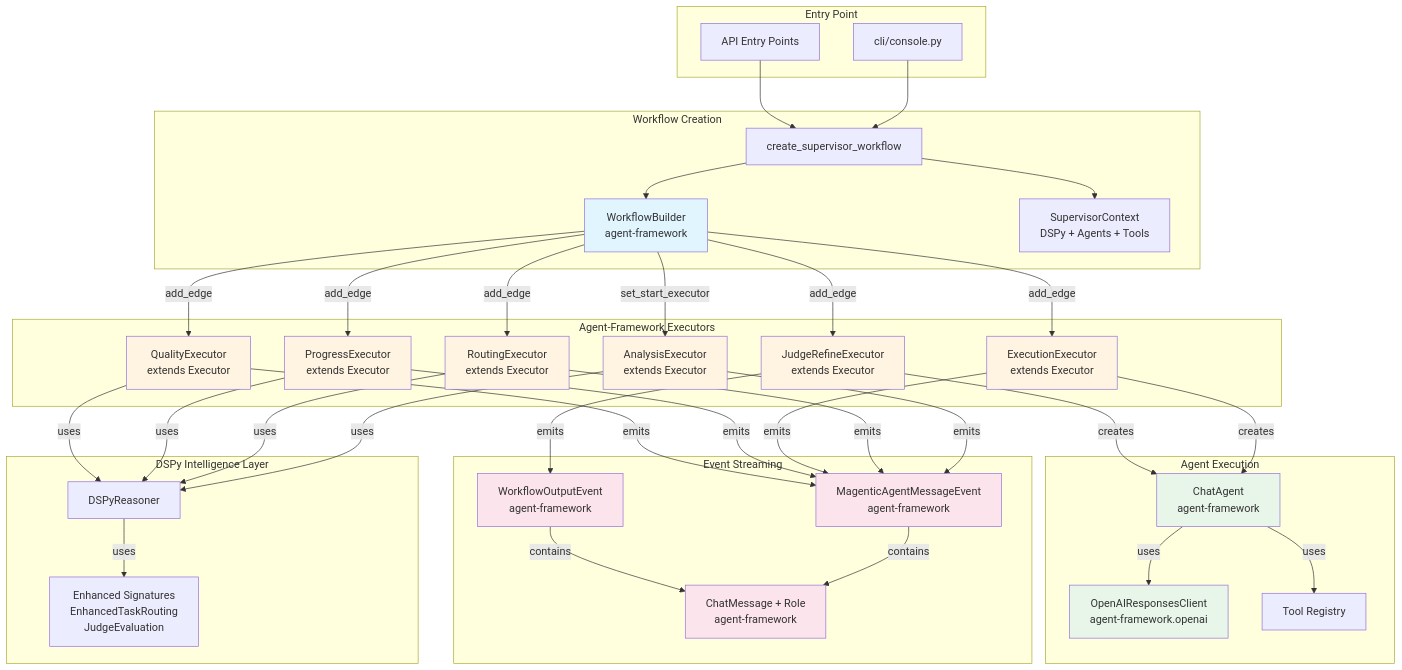
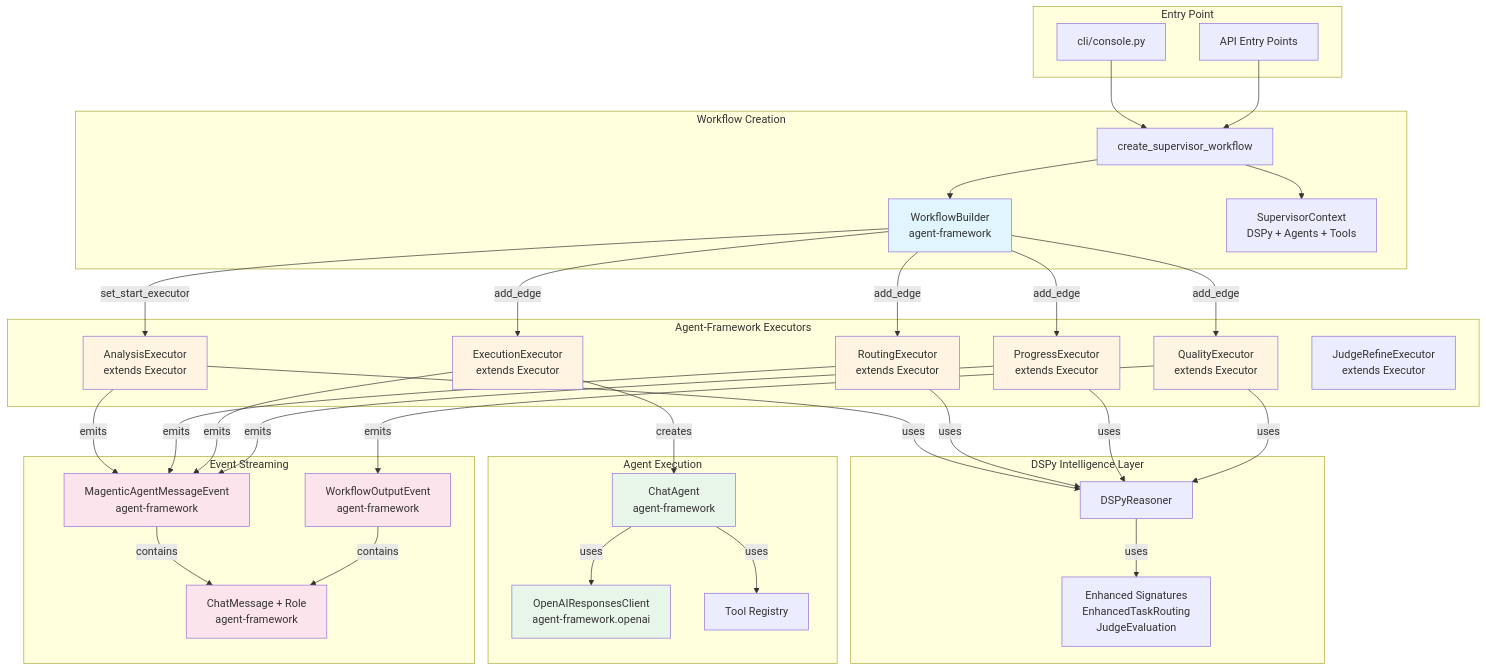
Before and after one commit to Qredence/agentic-fleet: the first of 2 diagrams in docs/developers/architecture.md, drawn with Mermaid. The commit also changed other lines of this file and 2 other files, not shown here.

First line of the commit message:
refactor: update architecture and quick reference documentation for v0.6.6 changes

```diff
--- a/docs/developers/architecture.md
+++ b/docs/developers/architecture.md
@@ -101,7 +103,6 @@
     BUILDER -->|add_edge| EE
     BUILDER -->|add_edge| PE
     BUILDER -->|add_edge| QE
-    BUILDER -->|add_edge| JE
 
     AE -->|uses| DSPY
     RE -->|uses| DSPY
@@ -111,7 +112,6 @@
     DSPY -->|uses| SIGS
 
     EE -->|creates| CA
-    JE -->|creates| CA
 
     CA -->|uses| OAI
     CA -->|uses| TOOLS
@@ -120,8 +120,7 @@
     RE -->|emits| MAE
     EE -->|emits| MAE
     PE -->|emits| MAE
-    QE -->|emits| MAE
-    JE -->|emits| WOE
+    QE -->|emits| WOE
 
     MAE -->|contains| CM
     WOE -->|contains| CM
@@ -132,7 +131,6 @@
     style EE fill:#fff4e1
     style PE fill:#fff4e1
     style QE fill:#fff4e1
-    style JE fill:#fff4e1
     style CA fill:#e8f5e9
     style OAI fill:#e8f5e9
     style MAE fill:#fce4ec
```
